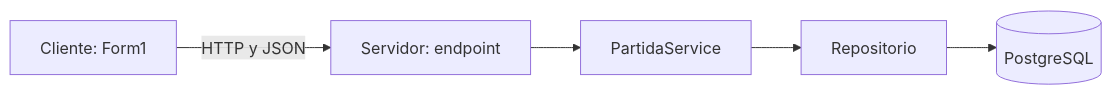
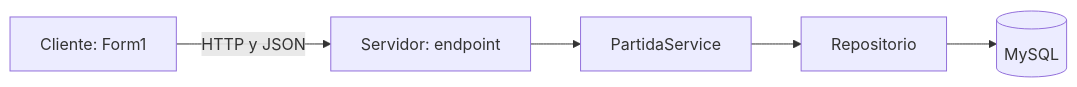
Before and after one commit to slim-carrasco/juego-de-aviones: the diagram in docs/EXPOSICION-5-PERSONAS.md, drawn with Mermaid. The commit also changed other lines of this file and 22 other files, not shown here.

````diff
--- a/docs/EXPOSICION-5-PERSONAS.md
+++ b/docs/EXPOSICION-5-PERSONAS.md
@@ -54,7 +49,7 @@
 ```mermaid
 flowchart LR
     C[Cliente: Form1] -->|HTTP y JSON| S[Servidor: endpoint]
     S --> U[PartidaService]
     U --> R[Repositorio]
-    R --> D[(PostgreSQL)]
+    R --> D[(MySQL)]
 ```
````
